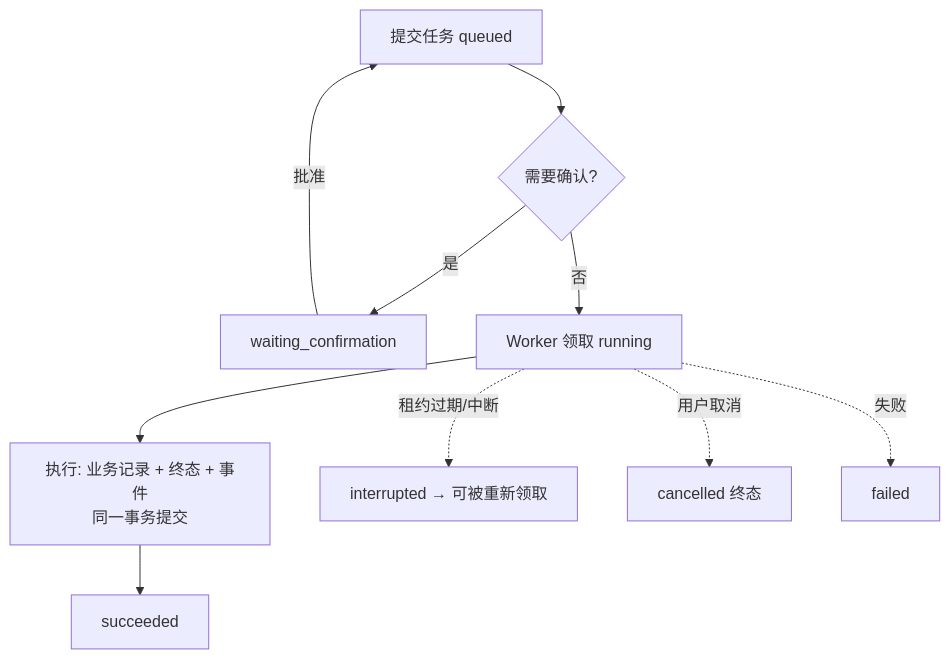
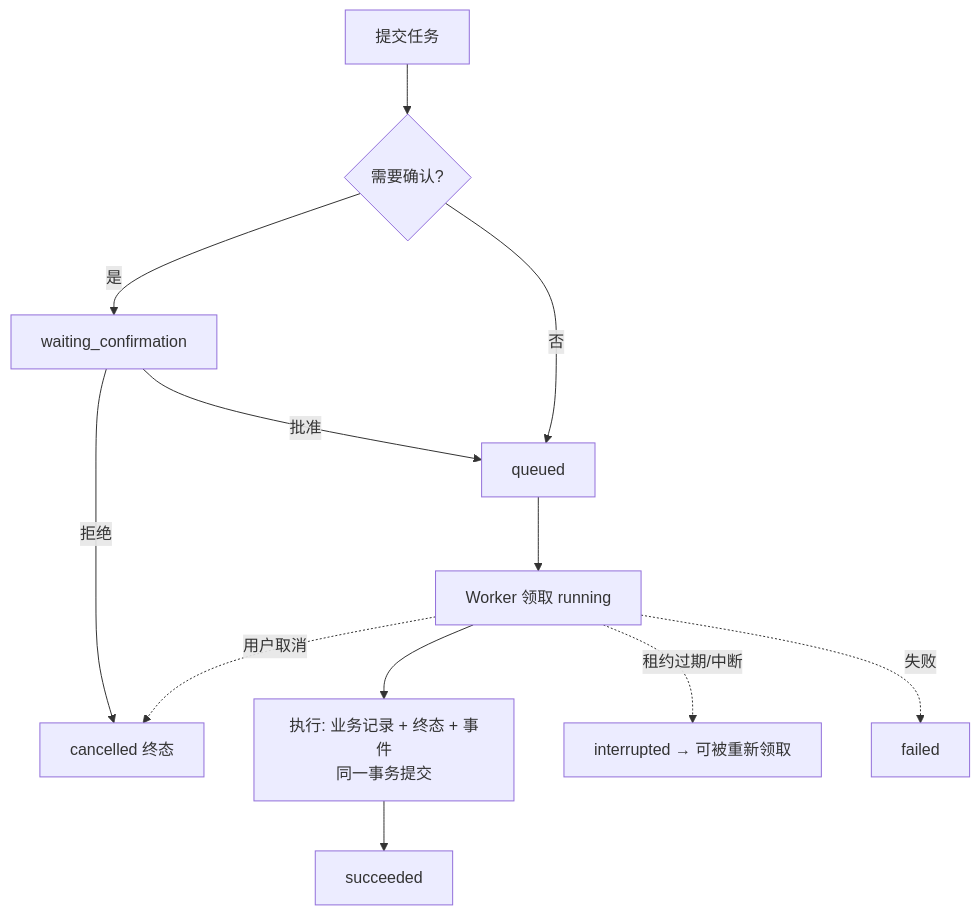
The first of 2 diagrams in tutorials/06-后台运行时.md (wenmo-yu/careerlens), drawn with Mermaid before and after one commit. The commit also changed other lines of this file and 18 other files, not shown here.

````diff
--- a/tutorials/06-后台运行时.md
+++ b/tutorials/06-后台运行时.md
@@ -27,12 +27,14 @@
 ```mermaid
 flowchart TD
-    A[提交任务 queued] --> B{需要确认?}
+    S[提交任务] --> B{需要确认?}
     B -->|是| C[waiting_confirmation]
-    C -->|批准| A
-    B -->|否| D[Worker 领取 running]
+    C -->|批准| A[queued]
+    C -->|拒绝| H[cancelled 终态]
+    B -->|否| A
+    A --> D[Worker 领取 running]
     D --> E[执行: 业务记录 + 终态 + 事件<br/>同一事务提交]
     E --> F[succeeded]
     D -.租约过期/中断.-> G[interrupted → 可被重新领取]
     D -.用户取消.-> H[cancelled 终态]
     D -.失败.-> I[failed]
 ```
````
